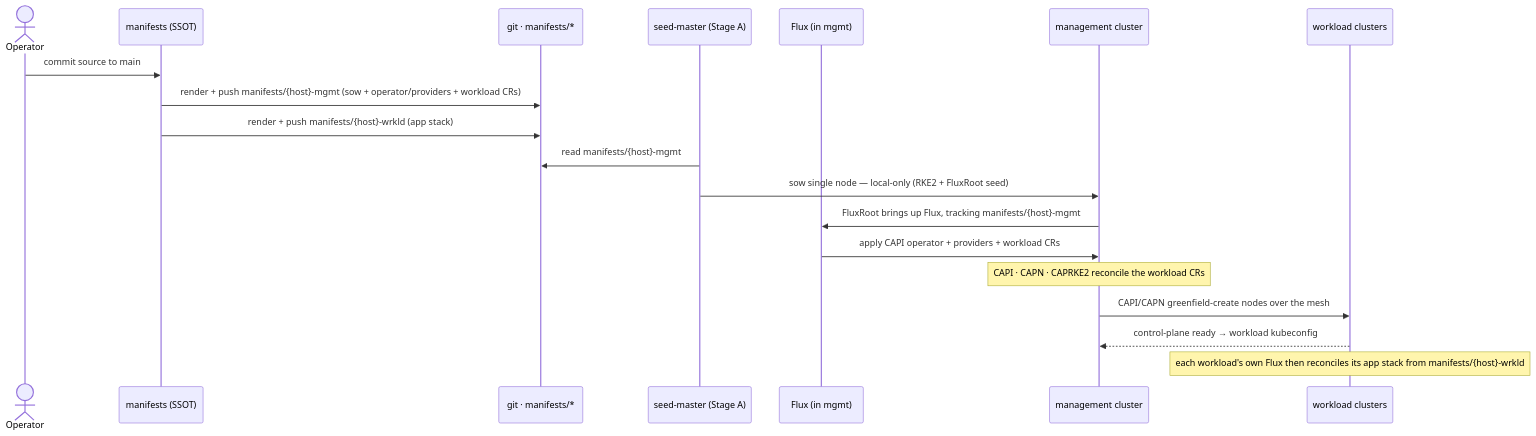
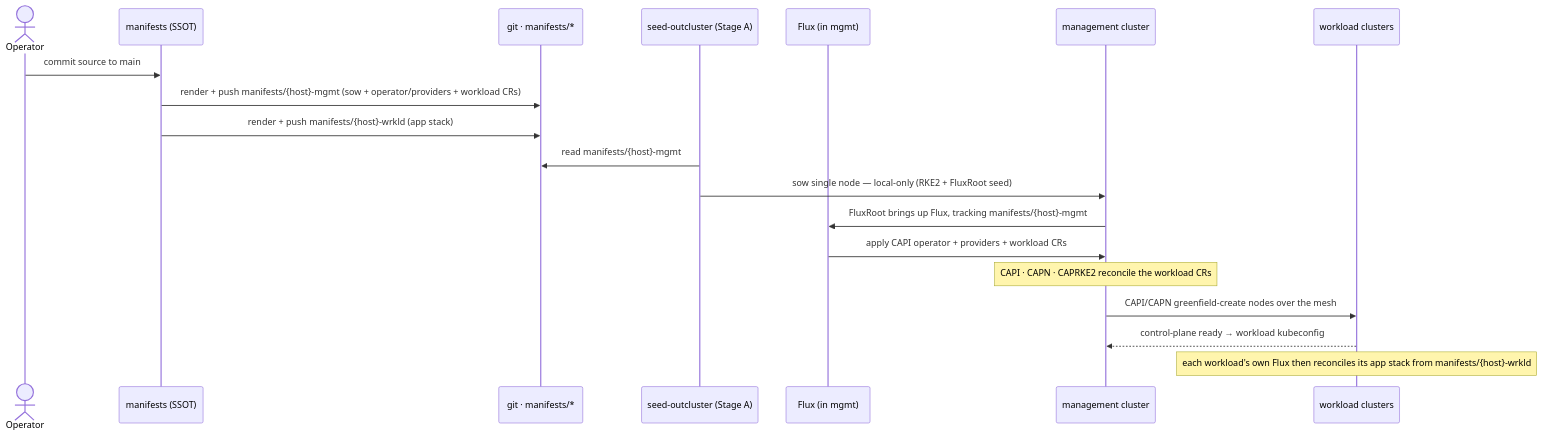
One commit to seedmatic/rke2lab changed the fourth of 7 diagrams in docs/architecture/cluster-api/manifests-rendered-branches.adoc. Above: the diagram before and after it, drawn with Mermaid. The commit also changed other lines of this file and 160 other files, not shown here.

First line of the commit message:
refactor(exec)!: `seed-master` → `seed-outcluster`, one axis for the whole chain

```diff
--- a/docs/architecture/cluster-api/manifests-rendered-branches.adoc
+++ b/docs/architecture/cluster-api/manifests-rendered-branches.adoc
@@ -194,22 +194,22 @@
 [mermaid,manifests-rendered-branches-sequence,svg]
 ----
 sequenceDiagram
   actor OP as Operator
   participant M as manifests (SSOT)
   participant G as git · manifests/*
-  participant SM as seed-master (Stage A)
+  participant SM as seed-outcluster (Stage A)
   participant FM as Flux (in mgmt)
   participant MG as management cluster
   participant WL as workload clusters
   OP->>M: commit source to main
   M->>G: render + push manifests/{host}-mgmt (sow + operator/providers + workload CRs)
   M->>G: render + push manifests/{host}-wrkld (app stack)
   SM->>G: read manifests/{host}-mgmt
   SM->>MG: sow single node — local-only (RKE2 + FluxRoot seed)
   MG->>FM: FluxRoot brings up Flux, tracking manifests/{host}-mgmt
   FM->>MG: apply CAPI operator + providers + workload CRs
   Note over MG: CAPI · CAPN · CAPRKE2 reconcile the workload CRs
   MG->>WL: CAPI/CAPN greenfield-create nodes over the mesh
   WL-->>MG: control-plane ready → workload kubeconfig
   Note over WL: each workload's own Flux then reconciles its app stack from manifests/{host}-wrkld
 ----
```
